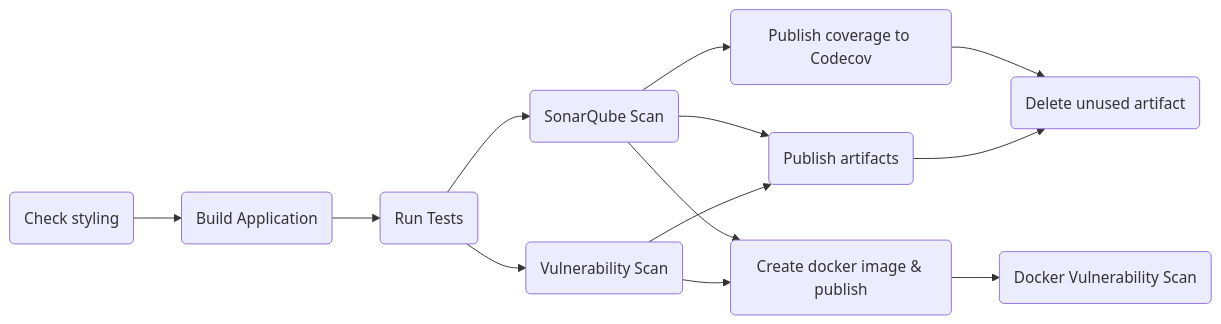
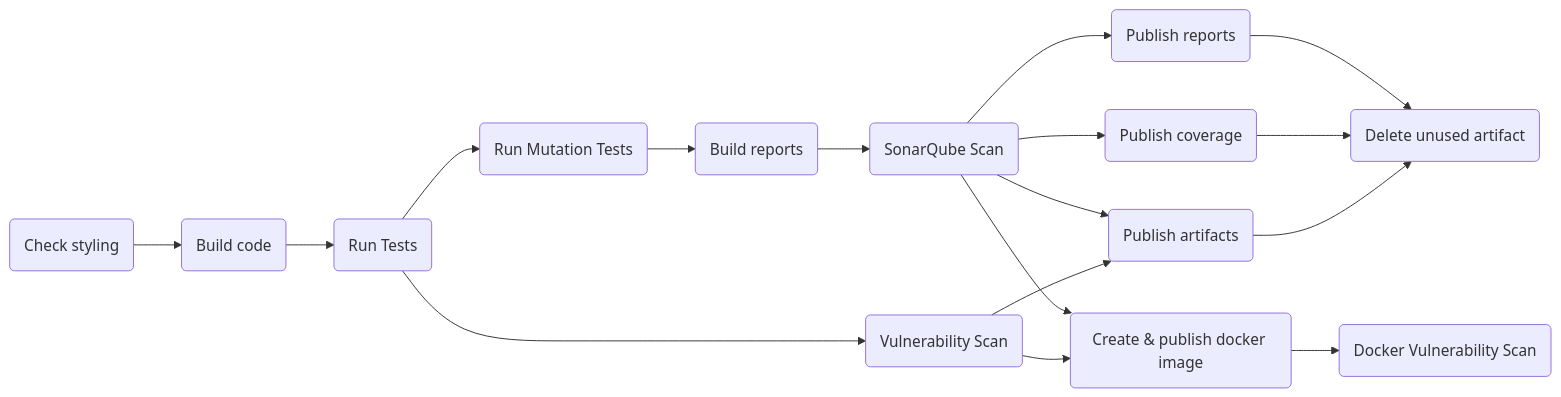
The diagram in README.md (sjexpos/ecomm-cicd-actions), drawn with Mermaid before and after one commit. The commit also changed other lines of this file and 1 other file, not shown here.

Commit message:
Update ci/cd workflow to add reports generation

````diff
--- a/README.md
+++ b/README.md
@@ -6,25 +6,32 @@
 ```mermaid
 flowchart LR
   A(Check styling)
-  B(Build Application)
+  B(Build code)
   C(Run Tests)
-  D(SonarQube Scan)
-  E(Vulnerability Scan)
-  F(Publish coverage to Codecov)
-  G(Create docker image & publish)
-  H(Publish artifacts)
-  I(Delete unused artifact)
-  J(Docker Vulnerability Scan)
+  D(Run Mutation Tests)
+  E(Build reports)
+  F(SonarQube Scan)
+  G(Vulnerability Scan)
+  H(Publish coverage)
+  I(Create & publish docker image)
+  J(Publish artifacts)
+  K(Publish reports)
+  L(Delete unused artifact)
+  M(Docker Vulnerability Scan)
   A --> B
   B --> C
   C --> D
-  C --> E
-  D --> F
-  D --> G
-  E --> G
-  D --> H
-  E --> H
+  D --> E
+  E --> F
+  C --> G
+  F --> H
   F --> I
-  H --> I
+  F --> K
+  K --> L
+  G --> I
+  F --> J
   G --> J
+  H --> L
+  J --> L
+  I --> M
 ```
````
